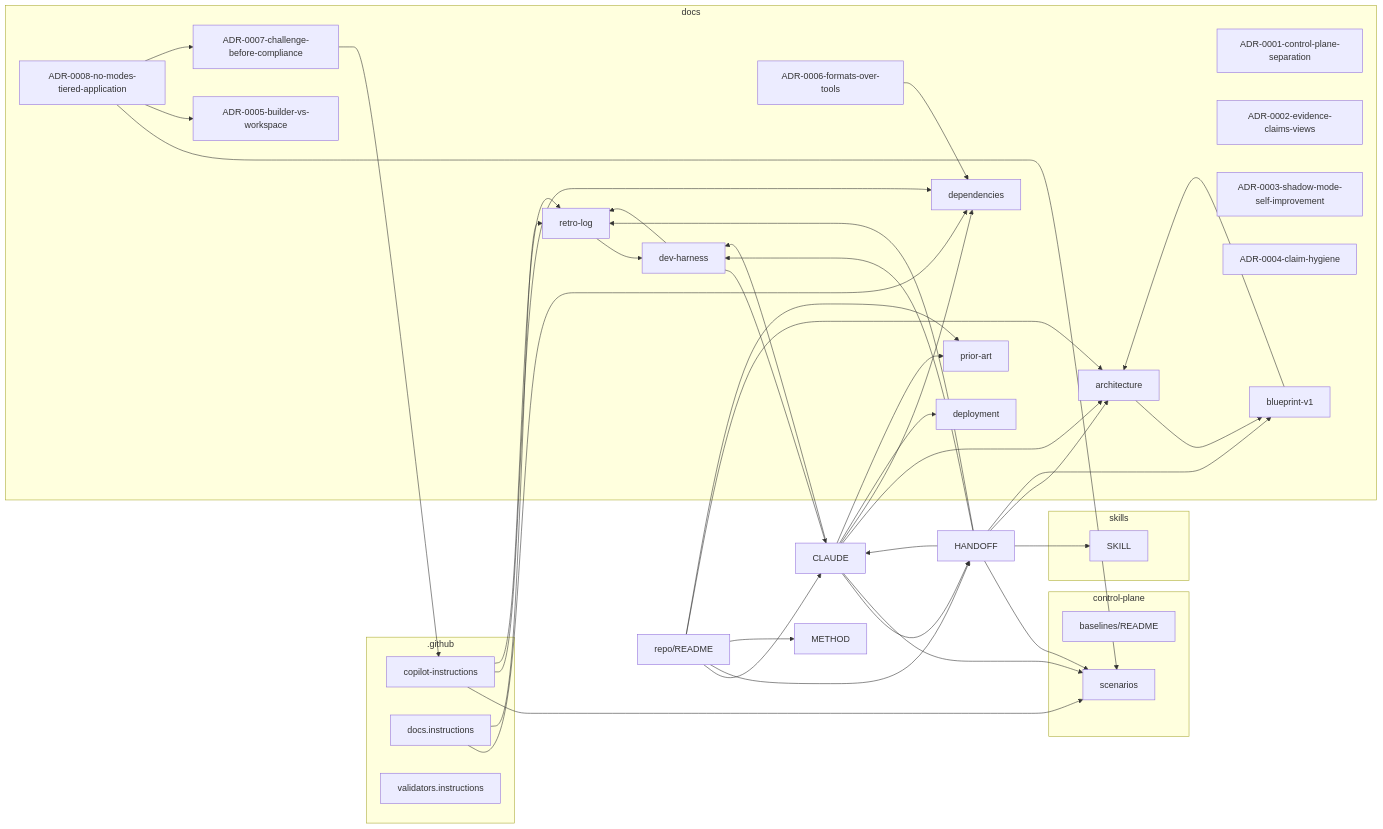
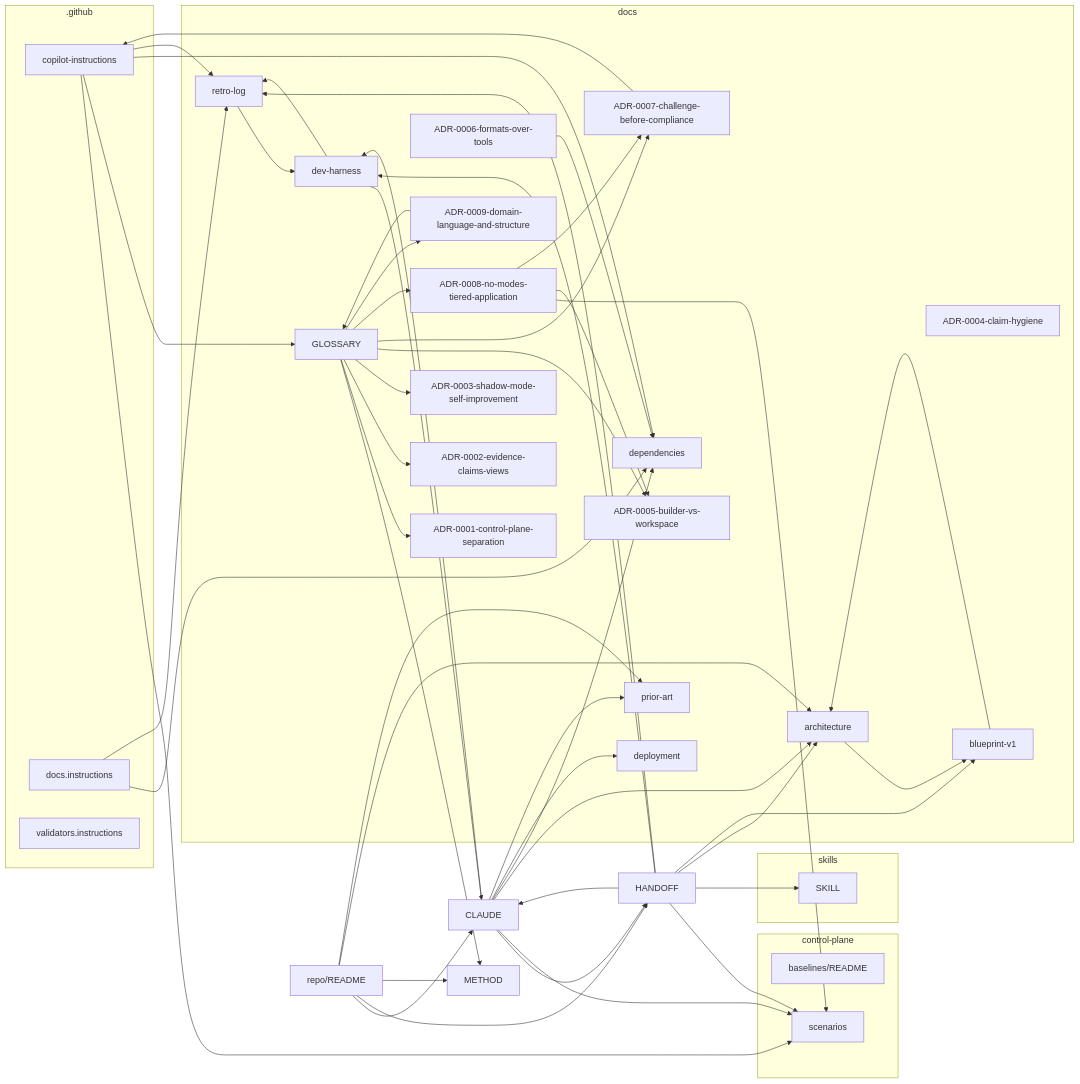
Before and after one commit to boulaajaj/ai-mise: the diagram in docs/mindmap.md, drawn with Mermaid. The commit also changed other lines of this file, not shown here.

Commit message:
Regenerate mindmap after main merge

````diff
--- a/docs/mindmap.md
+++ b/docs/mindmap.md
@@ -7,70 +7,82 @@
 ```mermaid
 graph LR
   subgraph _github_g[.github]
     _github_copilot_instructions_md["copilot-instructions"]
     _github_instructions_docs_instructions_md["docs.instructions"]
     _github_instructions_validators_instructions_md["validators.instructions"]
   end
   subgraph control_plane_g[control-plane]
     control_plane_evaluation_baselines_README_md["baselines/README"]
     control_plane_threat_tests_scenarios_md["scenarios"]
   end
   subgraph docs_g[docs]
+    docs_GLOSSARY_md["GLOSSARY"]
     docs_architecture_md["architecture"]
     docs_decisions_ADR_0001_control_plane_separation_md["ADR-0001-control-plane-separation"]
     docs_decisions_ADR_0002_evidence_claims_views_md["ADR-0002-evidence-claims-views"]
     docs_decisions_ADR_0003_shadow_mode_self_improvement_md["ADR-0003-shadow-mode-self-improvement"]
     docs_decisions_ADR_0004_claim_hygiene_md["ADR-0004-claim-hygiene"]
     docs_decisions_ADR_0005_builder_vs_workspace_md["ADR-0005-builder-vs-workspace"]
     docs_decisions_ADR_0006_formats_over_tools_md["ADR-0006-formats-over-tools"]
     docs_decisions_ADR_0007_challenge_before_compliance_md["ADR-0007-challenge-before-compliance"]
     docs_decisions_ADR_0008_no_modes_tiered_application_md["ADR-0008-no-modes-tiered-application"]
+    docs_decisions_ADR_0009_domain_language_and_structure_md["ADR-0009-domain-language-and-structure"]
     docs_dependencies_md["dependencies"]
     docs_deployment_md["deployment"]
     docs_history_blueprint_v1_md["blueprint-v1"]
     docs_meta_dev_harness_md["dev-harness"]
     docs_meta_retro_log_md["retro-log"]
     docs_prior_art_md["prior-art"]
   end
   CLAUDE_md["CLAUDE"]
   HANDOFF_md["HANDOFF"]
   METHOD_md["METHOD"]
   README_md["repo/README"]
   subgraph skills_g[skills]
     skills_inspector_SKILL_md["SKILL"]
   end
   _github_copilot_instructions_md --> control_plane_threat_tests_scenarios_md
+  _github_copilot_instructions_md --> docs_GLOSSARY_md
   _github_copilot_instructions_md --> docs_dependencies_md
   _github_copilot_instructions_md --> docs_meta_retro_log_md
   _github_instructions_docs_instructions_md --> docs_dependencies_md
   _github_instructions_docs_instructions_md --> docs_meta_retro_log_md
   CLAUDE_md --> HANDOFF_md
   CLAUDE_md --> control_plane_threat_tests_scenarios_md
   CLAUDE_md --> docs_architecture_md
   CLAUDE_md --> docs_dependencies_md
   CLAUDE_md --> docs_deployment_md
   CLAUDE_md --> docs_meta_dev_harness_md
   CLAUDE_md --> docs_prior_art_md
   HANDOFF_md --> CLAUDE_md
   HANDOFF_md --> control_plane_threat_tests_scenarios_md
   HANDOFF_md --> docs_architecture_md
   HANDOFF_md --> docs_history_blueprint_v1_md
   HANDOFF_md --> docs_meta_dev_harness_md
   HANDOFF_md --> docs_meta_retro_log_md
   HANDOFF_md --> skills_inspector_SKILL_md
   README_md --> CLAUDE_md
   README_md --> HANDOFF_md
   README_md --> METHOD_md
   README_md --> docs_architecture_md
   README_md --> docs_prior_art_md
+  docs_GLOSSARY_md --> METHOD_md
+  docs_GLOSSARY_md --> docs_decisions_ADR_0001_control_plane_separation_md
+  docs_GLOSSARY_md --> docs_decisions_ADR_0002_evidence_claims_views_md
+  docs_GLOSSARY_md --> docs_decisions_ADR_0003_shadow_mode_self_improvement_md
+  docs_GLOSSARY_md --> docs_decisions_ADR_0005_builder_vs_workspace_md
+  docs_GLOSSARY_md --> docs_decisions_ADR_0007_challenge_before_compliance_md
+  docs_GLOSSARY_md --> docs_decisions_ADR_0008_no_modes_tiered_application_md
+  docs_GLOSSARY_md --> docs_decisions_ADR_0009_domain_language_and_structure_md
   docs_architecture_md --> docs_history_blueprint_v1_md
   docs_decisions_ADR_0006_formats_over_tools_md --> docs_dependencies_md
   docs_decisions_ADR_0007_challenge_before_compliance_md --> _github_copilot_instructions_md
   docs_decisions_ADR_0008_no_modes_tiered_application_md --> control_plane_threat_tests_scenarios_md
   docs_decisions_ADR_0008_no_modes_tiered_application_md --> docs_decisions_ADR_0005_builder_vs_workspace_md
   docs_decisions_ADR_0008_no_modes_tiered_application_md --> docs_decisions_ADR_0007_challenge_before_compliance_md
+  docs_decisions_ADR_0009_domain_language_and_structure_md --> docs_GLOSSARY_md
   docs_history_blueprint_v1_md --> docs_architecture_md
   docs_meta_dev_harness_md --> CLAUDE_md
   docs_meta_dev_harness_md --> docs_meta_retro_log_md
   docs_meta_retro_log_md --> docs_meta_dev_harness_md
 ```
````
